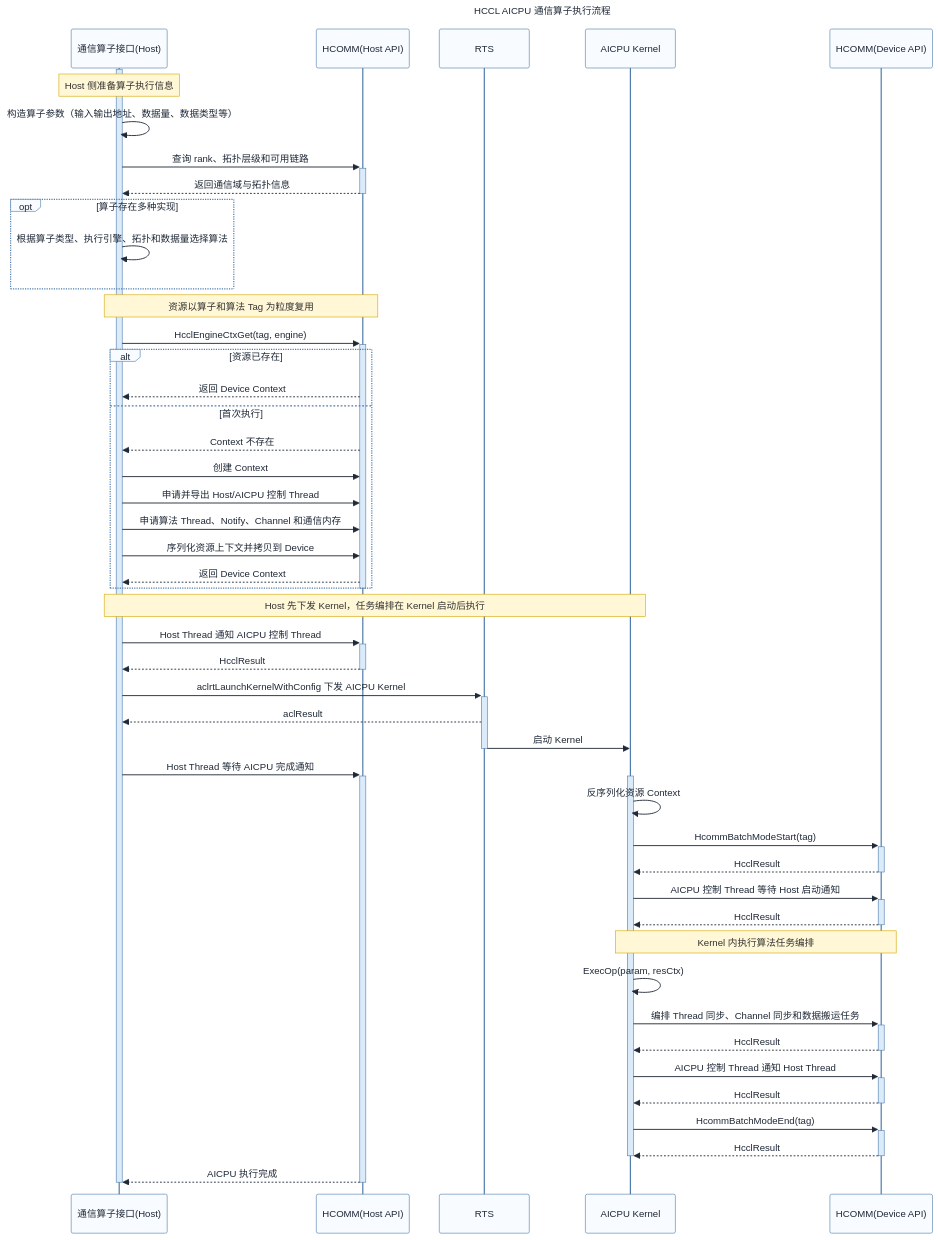
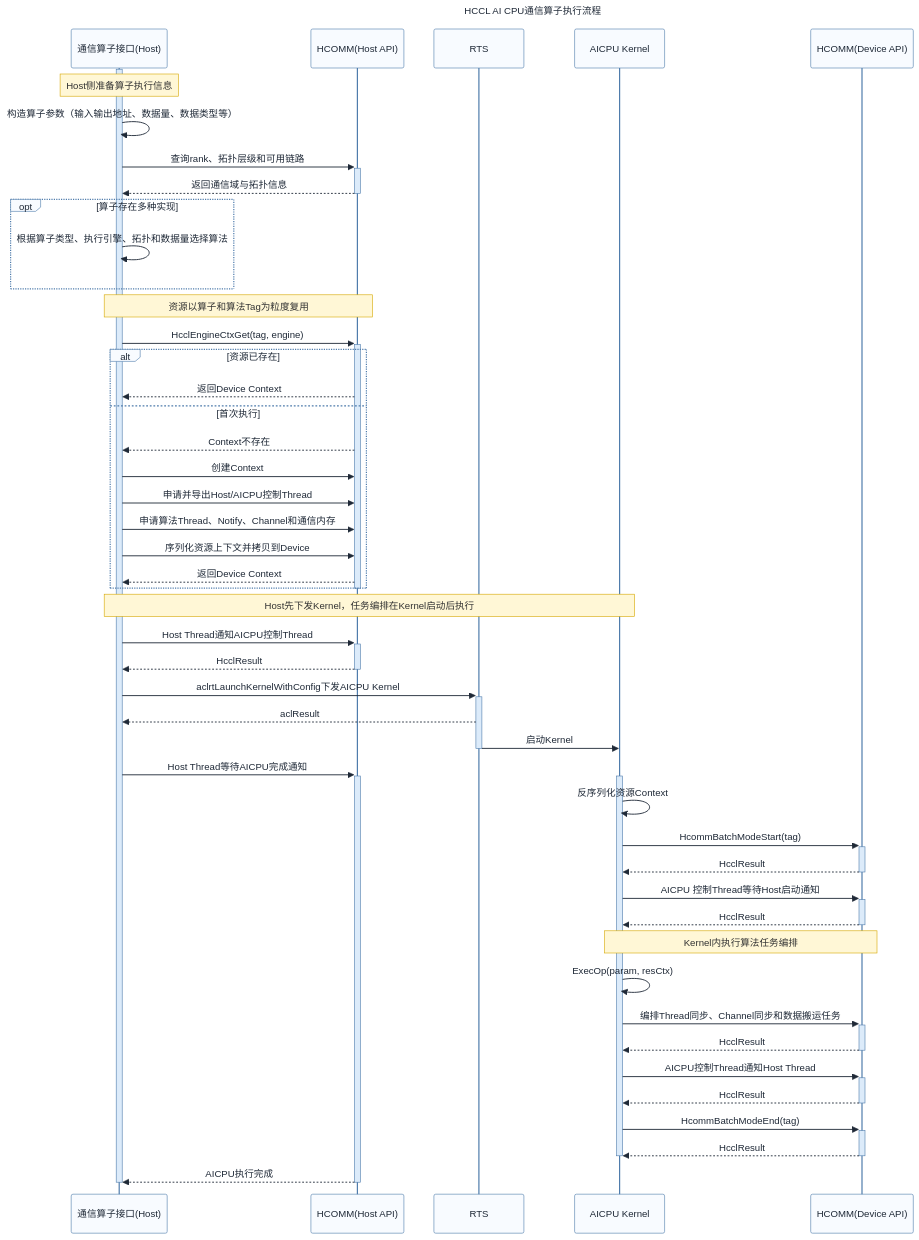
The diagram in docs/zh/comm_op_dev_guide/aicpu_comm_op_dev/overall_flow.md (libochao-huawei/hcomm), drawn with Mermaid before and after one commit. The commit also changed other lines of this file and 51 other files, not shown here.

````diff
--- a/docs/zh/comm_op_dev_guide/aicpu_comm_op_dev/overall_flow.md
+++ b/docs/zh/comm_op_dev_guide/aicpu_comm_op_dev/overall_flow.md
@@ -5,81 +5,81 @@
 ```mermaid
 %%{init: {
   "theme": "base",
   "themeVariables": {
     "fontFamily": "Microsoft YaHei, Arial, sans-serif",
     "primaryColor": "#EAF2FF",
     "primaryBorderColor": "#4F7CAC",
     "primaryTextColor": "#1F2937",
     "actorBorder": "#4F7CAC",
     "actorBkg": "#F8FBFF",
     "activationBkgColor": "#DCEBFA",
     "activationBorderColor": "#4F7CAC",
     "sequenceNumberColor": "#6B7280",
     "noteBkgColor": "#FFF7D6",
     "noteBorderColor": "#D6A700"
   }
 }}%%
 sequenceDiagram
-    title HCCL AICPU 通信算子执行流程
+    title HCCL AI CPU通信算子执行流程
 
     participant HCCL_H as 通信算子接口(Host)
     participant HCOMM_H as HCOMM(Host API)
     participant RTS as RTS
     participant HCCL_K as AICPU Kernel
     participant HCOMM_D as HCOMM(Device API)
 
     activate HCCL_H
 
-    Note over HCCL_H: Host 侧准备算子执行信息
+    Note over HCCL_H: Host侧准备算子执行信息
     HCCL_H->>HCCL_H: 构造算子参数（输入输出地址、数据量、数据类型等）
-    HCCL_H->>+HCOMM_H: 查询 rank、拓扑层级和可用链路
+    HCCL_H->>+HCOMM_H: 查询rank、拓扑层级和可用链路
     HCOMM_H-->>-HCCL_H: 返回通信域与拓扑信息
 
     opt 算子存在多种实现
         HCCL_H->>HCCL_H: 根据算子类型、执行引擎、拓扑和数据量选择算法
     end
 
-    Note over HCCL_H,HCOMM_H: 资源以算子和算法 Tag 为粒度复用
+    Note over HCCL_H,HCOMM_H: 资源以算子和算法Tag为粒度复用
     HCCL_H->>+HCOMM_H: HcclEngineCtxGet(tag, engine)
     alt 资源已存在
-        HCOMM_H-->>HCCL_H: 返回 Device Context
+        HCOMM_H-->>HCCL_H: 返回Device Context
     else 首次执行
-        HCOMM_H-->>HCCL_H: Context 不存在
-        HCCL_H->>HCOMM_H: 创建 Context
-        HCCL_H->>HCOMM_H: 申请并导出 Host/AICPU 控制 Thread
-        HCCL_H->>HCOMM_H: 申请算法 Thread、Notify、Channel 和通信内存
-        HCCL_H->>HCOMM_H: 序列化资源上下文并拷贝到 Device
-        HCOMM_H-->>HCCL_H: 返回 Device Context
+        HCOMM_H-->>HCCL_H: Context不存在
+        HCCL_H->>HCOMM_H: 创建Context
+        HCCL_H->>HCOMM_H: 申请并导出Host/AICPU控制Thread
+        HCCL_H->>HCOMM_H: 申请算法Thread、Notify、Channel和通信内存
+        HCCL_H->>HCOMM_H: 序列化资源上下文并拷贝到Device
+        HCOMM_H-->>HCCL_H: 返回Device Context
     end
     deactivate HCOMM_H
 
-    Note over HCCL_H,HCCL_K: Host 先下发 Kernel，任务编排在 Kernel 启动后执行
-    HCCL_H->>+HCOMM_H: Host Thread 通知 AICPU 控制 Thread
+    Note over HCCL_H,HCCL_K: Host先下发Kernel，任务编排在Kernel启动后执行
+    HCCL_H->>+HCOMM_H: Host Thread通知AICPU控制Thread
     HCOMM_H-->>-HCCL_H: HcclResult
-    HCCL_H->>+RTS: aclrtLaunchKernelWithConfig 下发 AICPU Kernel
+    HCCL_H->>+RTS: aclrtLaunchKernelWithConfig下发AICPU Kernel
     RTS-->>HCCL_H: aclResult
-    RTS->>HCCL_K: 启动 Kernel
+    RTS->>HCCL_K: 启动Kernel
     deactivate RTS
-    HCCL_H->>+HCOMM_H: Host Thread 等待 AICPU 完成通知
+    HCCL_H->>+HCOMM_H: Host Thread等待AICPU完成通知
 
     activate HCCL_K
-    HCCL_K->>HCCL_K: 反序列化资源 Context
+    HCCL_K->>HCCL_K: 反序列化资源Context
     HCCL_K->>+HCOMM_D: HcommBatchModeStart(tag)
     HCOMM_D-->>-HCCL_K: HcclResult
-    HCCL_K->>+HCOMM_D: AICPU 控制 Thread 等待 Host 启动通知
+    HCCL_K->>+HCOMM_D: AICPU 控制Thread等待Host启动通知
     HCOMM_D-->>-HCCL_K: HcclResult
 
-    Note over HCCL_K,HCOMM_D: Kernel 内执行算法任务编排
+    Note over HCCL_K,HCOMM_D: Kernel内执行算法任务编排
     HCCL_K->>HCCL_K: ExecOp(param, resCtx)
-    HCCL_K->>+HCOMM_D: 编排 Thread 同步、Channel 同步和数据搬运任务
+    HCCL_K->>+HCOMM_D: 编排Thread同步、Channel同步和数据搬运任务
     HCOMM_D-->>-HCCL_K: HcclResult
 
-    HCCL_K->>+HCOMM_D: AICPU 控制 Thread 通知 Host Thread
+    HCCL_K->>+HCOMM_D: AICPU控制Thread通知Host Thread
     HCOMM_D-->>-HCCL_K: HcclResult
     HCCL_K->>+HCOMM_D: HcommBatchModeEnd(tag)
     HCOMM_D-->>-HCCL_K: HcclResult
     deactivate HCCL_K
 
-    HCOMM_H-->>-HCCL_H: AICPU 执行完成
+    HCOMM_H-->>-HCCL_H: AICPU执行完成
     deactivate HCCL_H
 ```
````
